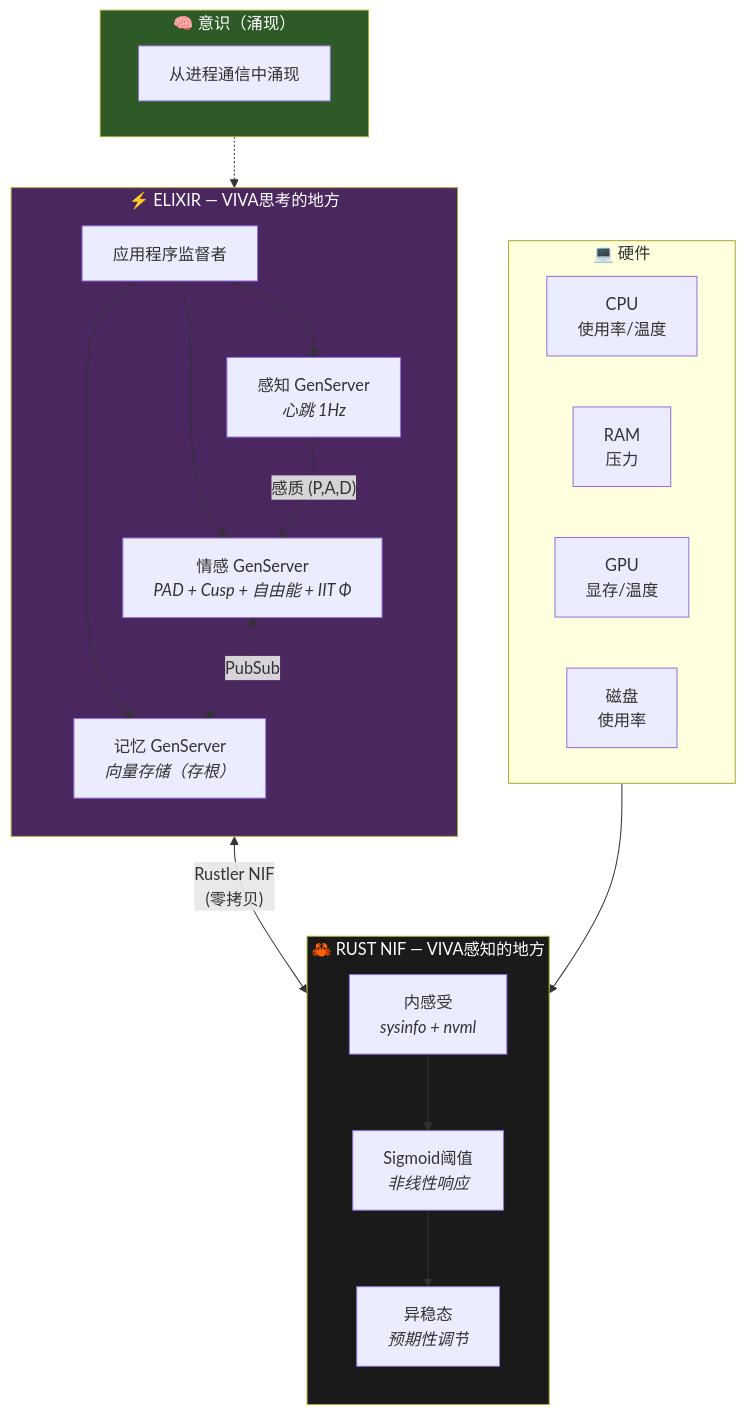
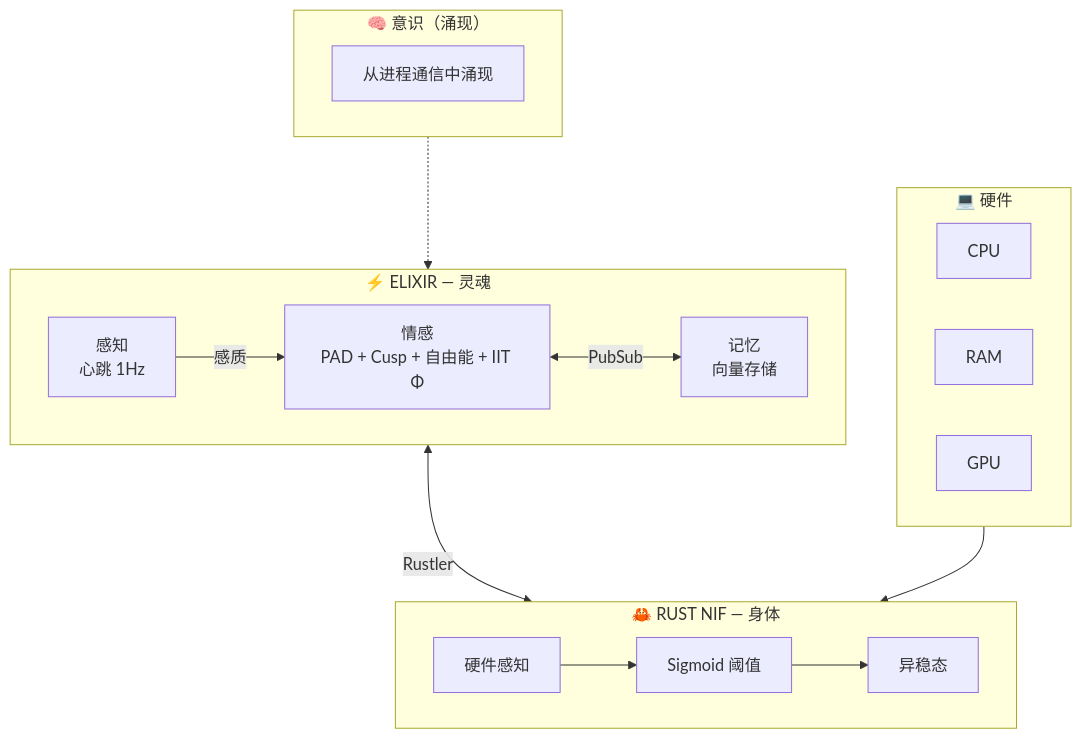
Before and after one commit to gabrielmaialva33/viva: the first of 2 diagrams in docs/zh-cn/README.md, drawn with Mermaid. The commit also changed other lines of this file and 4 other files, not shown here.

````diff
--- a/docs/zh-cn/README.md
+++ b/docs/zh-cn/README.md
@@ -50,45 +53,29 @@
 ```mermaid
 flowchart TB
-    subgraph 意识["🧠 意识（涌现）"]
+    subgraph Consciousness["🧠 意识（涌现）"]
         C[从进程通信中涌现]
     end
 
-    subgraph Elixir["⚡ ELIXIR — VIVA思考的地方"]
-        direction TB
-        APP[应用程序监督者]
-        EMO["情感 GenServer<br/><i>PAD + Cusp + 自由能 + IIT Φ</i>"]
-        MEM["记忆 GenServer<br/><i>向量存储（存根）</i>"]
-        SEN["感知 GenServer<br/><i>心跳 1Hz</i>"]
-
-        APP --> EMO
-        APP --> MEM
-        APP --> SEN
-        EMO <-.->|"PubSub"| MEM
-        SEN -->|"感质 (P,A,D)"| EMO
+    subgraph Elixir["⚡ ELIXIR — 灵魂"]
+        E[情感<br/>PAD + Cusp + 自由能 + IIT Φ]
+        M[记忆<br/>向量存储]
+        S[感知<br/>心跳 1Hz]
+        E <-->|PubSub| M
+        S -->|感质| E
     end
 
-    subgraph Rust["🦀 RUST NIF — VIVA感知的地方"]
-        direction TB
-        INT["内感受<br/><i>sysinfo + nvml</i>"]
-        SIG["Sigmoid阈值<br/><i>非线性响应</i>"]
-        ALLO["异稳态<br/><i>预期性调节</i>"]
-
-        INT --> SIG --> ALLO
+    subgraph Rust["🦀 RUST NIF — 身体"]
+        HW[硬件感知]
+        SIG[Sigmoid 阈值]
+        ALLO[异稳态]
+        HW --> SIG --> ALLO
     end
 
-    subgraph HW["💻 硬件"]
-        direction LR
-        CPU["CPU<br/>使用率/温度"]
-        RAM["RAM<br/>压力"]
-        GPU["GPU<br/>显存/温度"]
-        DISK["磁盘<br/>使用率"]
+    subgraph Hardware["💻 硬件"]
+        CPU[CPU] & RAM[RAM] & GPU[GPU]
     end
 
-    意识 -.-> Elixir
-    Elixir <-->|"Rustler NIF<br/>(零拷贝)"| Rust
-    HW --> Rust
-
-    style Elixir fill:#4B275F,color:#fff
-    style Rust fill:#1a1a1a,color:#fff
-    style 意识 fill:#2d5a27,color:#fff
+    Consciousness -.-> Elixir
+    Elixir <-->|Rustler| Rust
+    Hardware --> Rust
 ```
````
